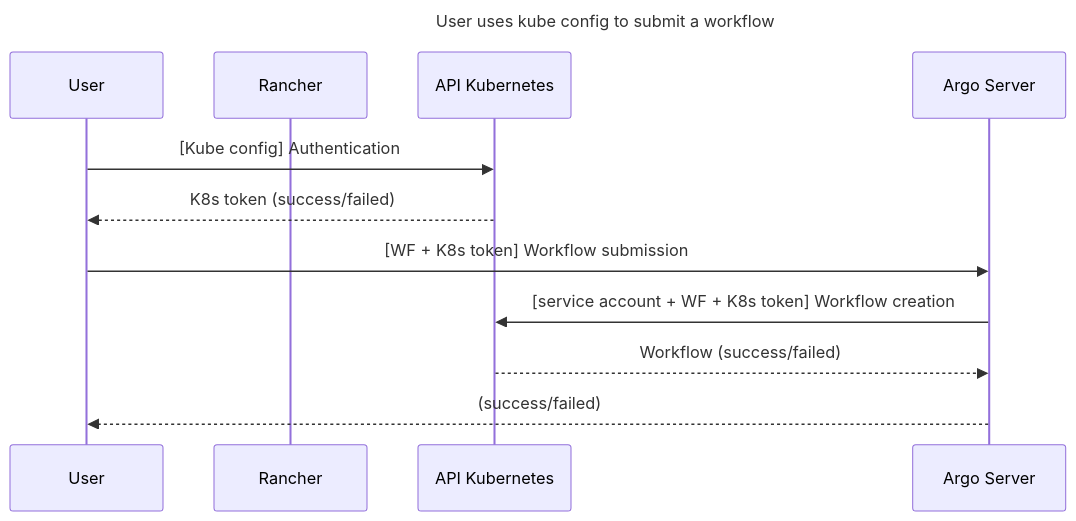
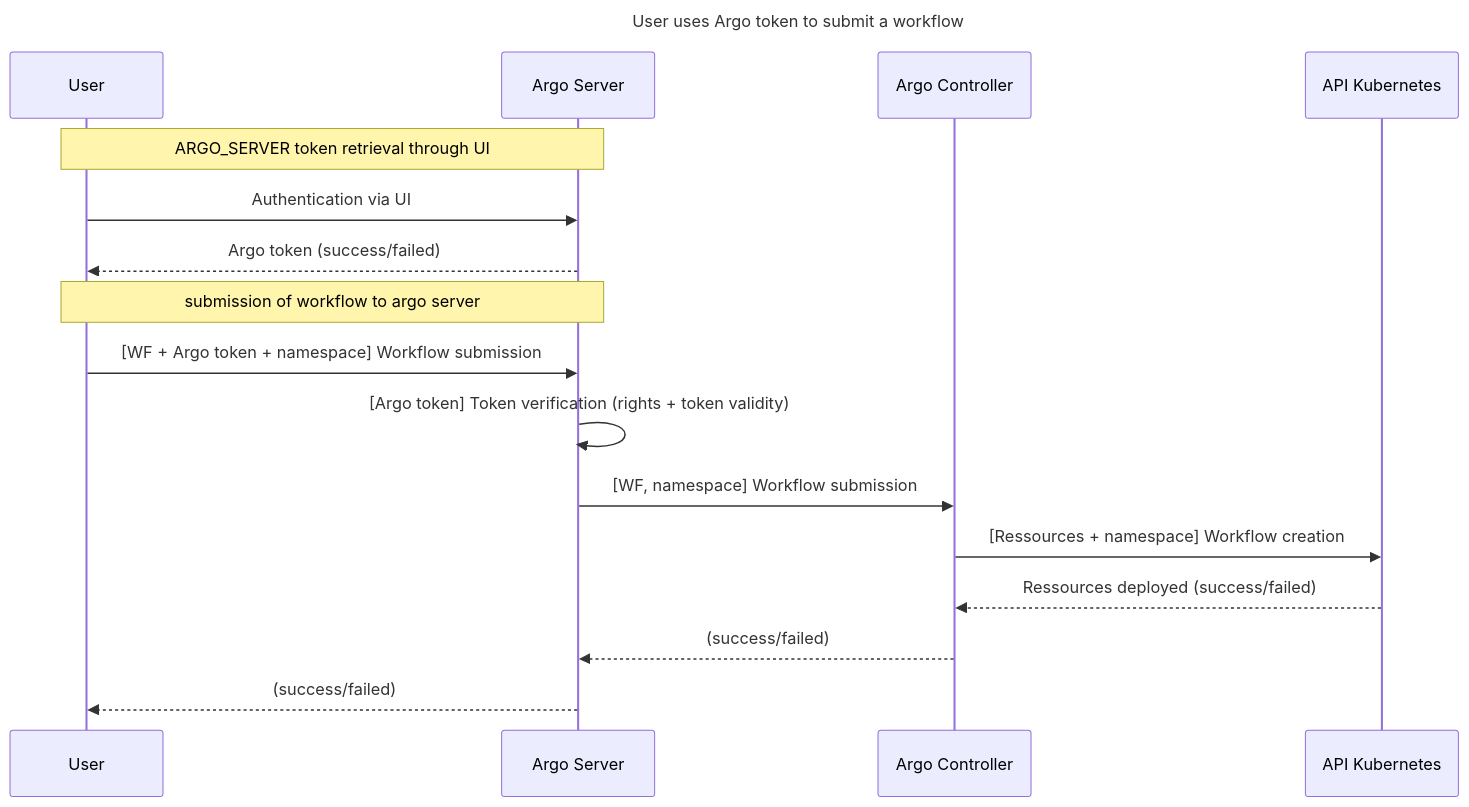
Before and after one commit to VCityTeam/hera_utils: the third of 4 diagrams in README.md, drawn with Mermaid. The commit also changed other lines of this file, not shown here.

````diff
--- a/README.md
+++ b/README.md
@@ -362,17 +377,22 @@
 ```mermaid
 sequenceDiagram
-    title User uses kube config to submit a workflow
+    title User uses Argo token to submit a workflow
     participant User
-    participant Rancher
+    participant ArgoServer as Argo Server
+    participant ArgoController as Argo Controller
     participant KubeAPI as API Kubernetes
-    participant ArgoServer as Argo Server
 
-    User->>KubeAPI: [Kube config] Authentication
-    KubeAPI-->>User: K8s token (success/failed)
+    Note over User,ArgoServer: ARGO_SERVER token retrieval through UI
+    User->>ArgoServer: Authentication via UI
+    ArgoServer-->>User: Argo token (success/failed)
 
-    User->>ArgoServer: [WF + K8s token] Workflow submission
-    ArgoServer->> KubeAPI: [service account + WF + K8s token] Workflow creation
-    KubeAPI-->>ArgoServer: Workflow (success/failed)
+    Note over User,ArgoServer: submission of workflow to argo server
+    User->>ArgoServer: [WF + Argo token + namespace] Workflow submission
+    ArgoServer->>ArgoServer: [Argo token] Token verification (rights + token validity)
+    ArgoServer->>ArgoController: [WF, namespace] Workflow submission
+    ArgoController->> KubeAPI: [Ressources + namespace] Workflow creation
+    KubeAPI-->>ArgoController: Ressources deployed (success/failed)
+    ArgoController-->>ArgoServer: (success/failed)
 
     ArgoServer-->>User: (success/failed)
 ```
````
